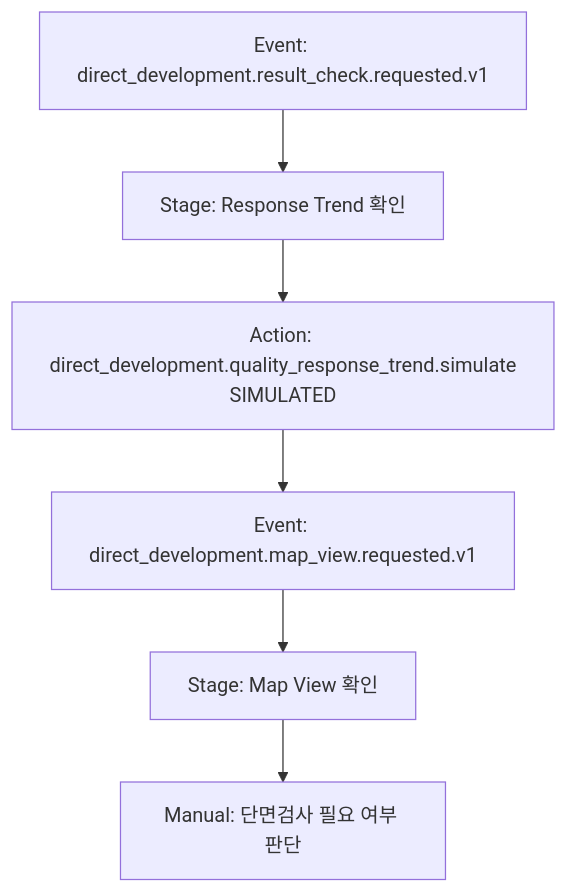
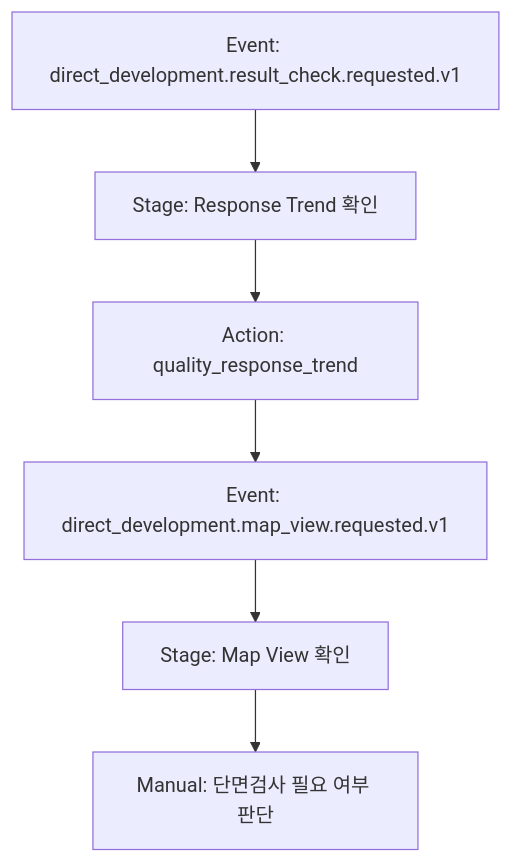
One commit to chokukil/boi-wiki-local changed the diagram in data/boi/private/0000000/usage-examples/sop-mermaid-flow.md. Above: the diagram before and after it, drawn with Mermaid. The commit also changed other lines of this file and 5 other files, not shown here.

Commit message:
Strengthen local SOP diagram harness

````diff
--- a/data/boi/private/0000000/usage-examples/sop-mermaid-flow.md
+++ b/data/boi/private/0000000/usage-examples/sop-mermaid-flow.md
@@ -38,8 +40,8 @@
 ```mermaid
 flowchart TD
   A["Event: direct_development.result_check.requested.v1"] --> B["Stage: Response Trend 확인"]
-  B --> C["Action: direct_development.quality_response_trend.simulate<br/>SIMULATED"]
+  B --> C["Action: quality_response_trend"]
   C --> D["Event: direct_development.map_view.requested.v1"]
   D --> E["Stage: Map View 확인"]
   E --> F["Manual: 단면검사 필요 여부 판단"]
 ```
````
